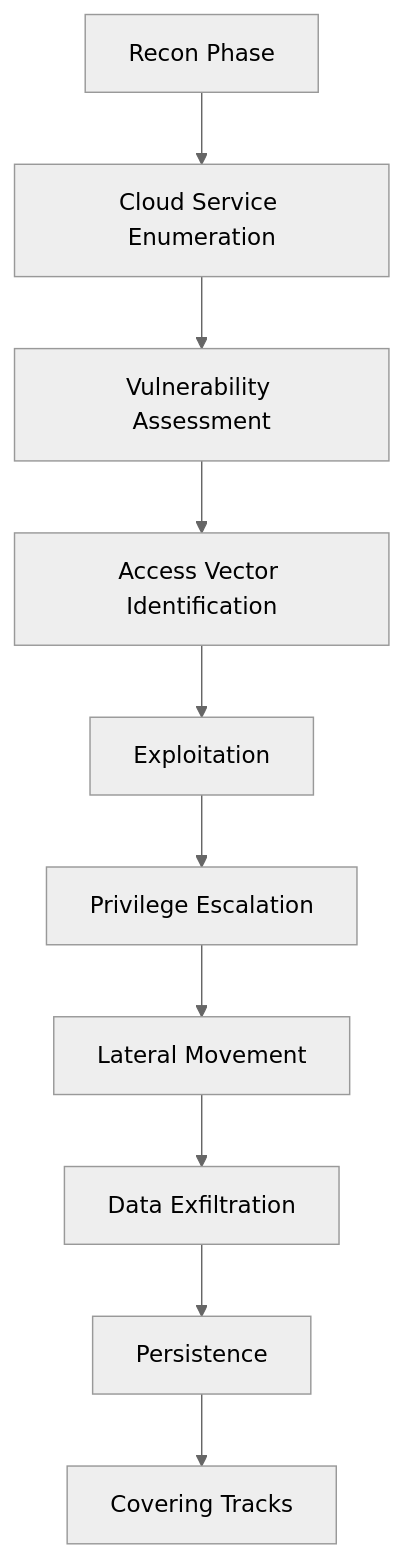
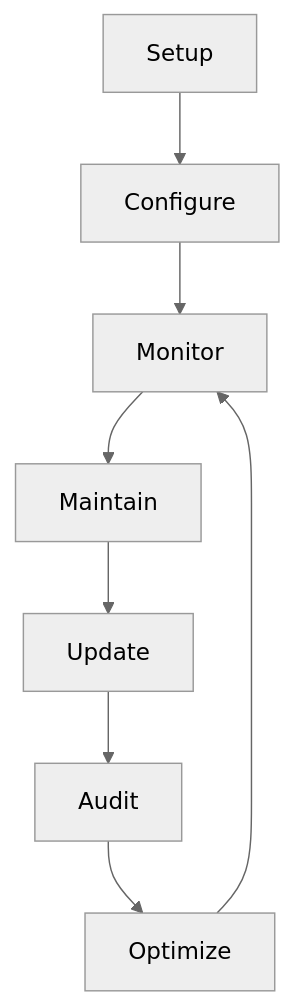
The third of 3 diagrams in mastering-ssh-part-one/3 - Intermediate SSH Usage.md (cipherbite/mastering-linux), drawn with Mermaid (neutral theme) before and after one commit. The commit also changed other lines of this file, not shown here.

````diff
--- a/mastering-ssh-part-one/3 - Intermediate SSH Usage.md
+++ b/mastering-ssh-part-one/3 - Intermediate SSH Usage.md
@@ -582,12 +530,5 @@
 ```mermaid
 graph TD
-    A[Recon Phase] --> B[Cloud Service Enumeration]
-    B --> C[Vulnerability Assessment]
-    C --> D[Access Vector Identification]
-    D --> E[Exploitation]
-    E --> F[Privilege Escalation]
-    F --> G[Lateral Movement]
-    G --> H[Data Exfiltration]
-    H --> I[Persistence]
-    I --> J[Covering Tracks]
+    A[Setup] --> B[Configure] --> C[Monitor] --> D[Maintain]
+    D --> E[Update] --> F[Audit] --> G[Optimize] --> C
 ```
````
